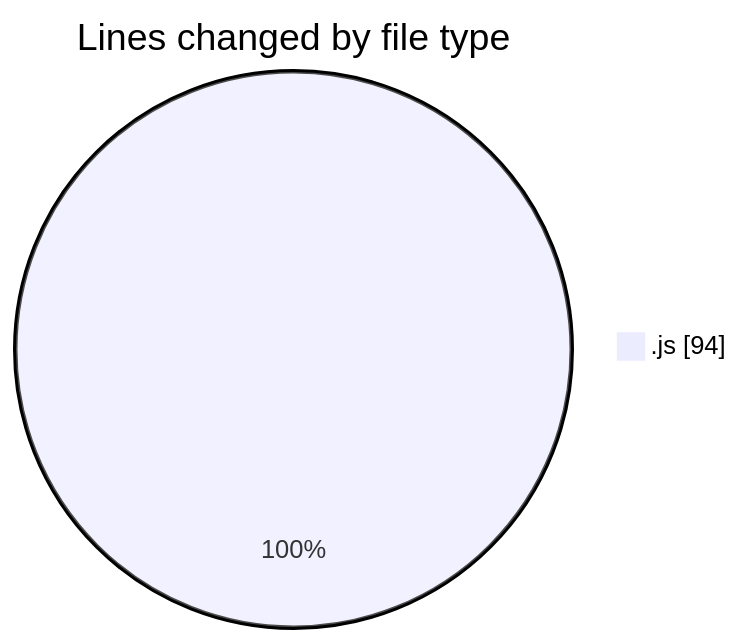
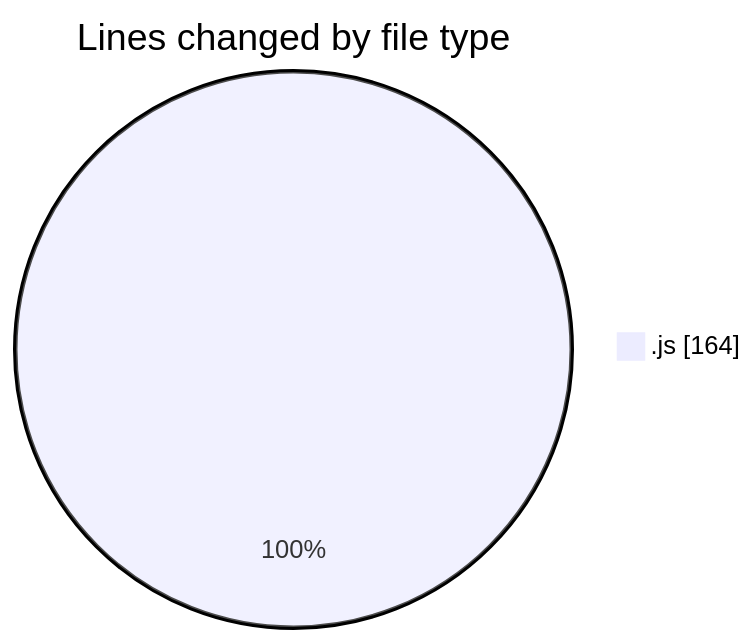
The first of 2 diagrams in 2025-04-04/jsvms/README.md (BS-eng2023/code-tracking), drawn with Mermaid before and after one commit. The commit also changed other lines of this file and 1 other file, not shown here.

````diff
--- a/2025-04-04/jsvms/README.md
+++ b/2025-04-04/jsvms/README.md
@@ -20,5 +21,5 @@
 ```mermaid
 pie showData
 title Lines changed by file type
-".js" : 94
+".js" : 164
 ```
````
